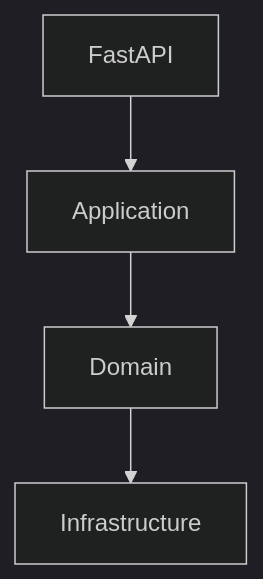
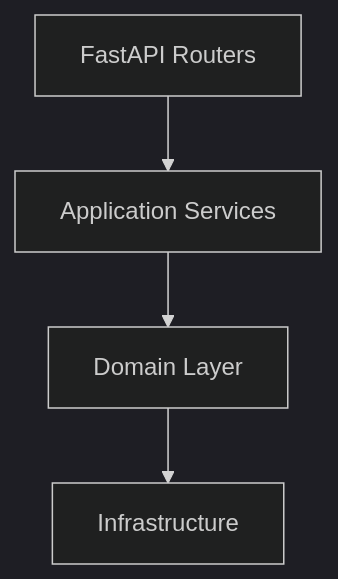
The first of 5 diagrams in README.md (Urvity03/MLCopilot-Platform), drawn with Mermaid (dark theme) before and after one commit. The commit also changed other lines of this file, not shown here.

````diff
--- a/README.md
+++ b/README.md
@@ -63,6 +116,11 @@
 ``` mermaid
 flowchart TD
-A[FastAPI]-->B[Application]
-B-->C[Domain]
-C-->D[Infrastructure]
+A[FastAPI Routers]
+B[Application Services]
+C[Domain Layer]
+D[Infrastructure]
+
+A-->B
+B-->C
+C-->D
 ```
````
